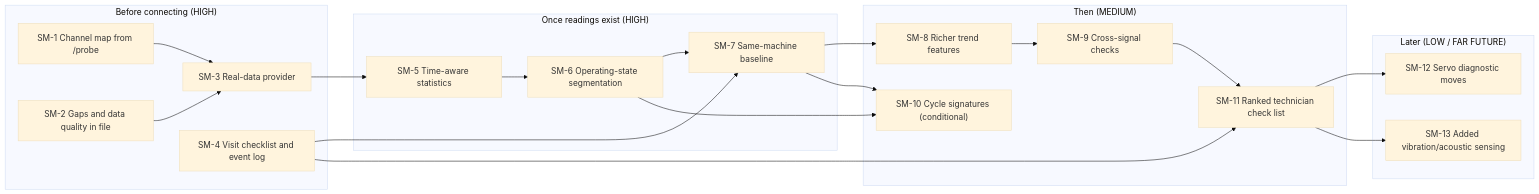
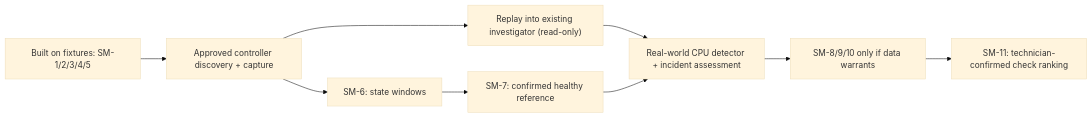
One commit to peyton150-startup/Capstone_Project_CMU changed the diagram in docs/MVP_SCOPE.md. Above: the diagram before and after it, drawn with Mermaid (base theme). The commit also changed other lines of this file, not shown here.

Commit message:
docs: reconcile future work with merged implementations and field readiness

````diff
--- a/docs/MVP_SCOPE.md
+++ b/docs/MVP_SCOPE.md
@@ -360,33 +384,11 @@
 ```mermaid
 flowchart LR
-    subgraph A["Before connecting (HIGH)"]
-        SM1["SM-1 Channel map from /probe"]
-        SM2["SM-2 Gaps and data quality in file"]
-        SM3["SM-3 Real-data provider"]
-        SM4["SM-4 Visit checklist and event log"]
-    end
-    subgraph B["Once readings exist (HIGH)"]
-        SM5["SM-5 Time-aware statistics"]
-        SM6["SM-6 Operating-state segmentation"]
-        SM7["SM-7 Same-machine baseline"]
-    end
-    subgraph C["Then (MEDIUM)"]
-        SM8["SM-8 Richer trend features"]
-        SM9["SM-9 Cross-signal checks"]
-        SM10["SM-10 Cycle signatures (conditional)"]
-        SM11["SM-11 Ranked technician check list"]
-    end
-    subgraph D["Later (LOW / FAR FUTURE)"]
-        SM12["SM-12 Servo diagnostic moves"]
-        SM13["SM-13 Added vibration/acoustic sensing"]
-    end
-    SM1 --> SM3
-    SM2 --> SM3
-    SM3 --> SM5 --> SM6 --> SM7 --> SM8 --> SM9 --> SM11
-    SM4 --> SM7
-    SM4 --> SM11
-    SM6 --> SM10
-    SM7 --> SM10
-    SM11 --> SM12
-    SM11 --> SM13
+  A["Built on fixtures: SM-1/2/3/4/5"] --> B["Approved controller discovery + capture"]
+  B --> C["Replay into existing investigator (read-only)"]
+  B --> D["SM-6: state windows"]
+  D --> E["SM-7: confirmed healthy reference"]
+  C --> F["Real-world CPU detector + incident assessment"]
+  E --> F
+  F --> G["SM-8/9/10 only if data warrants"]
+  G --> H["SM-11: technician-confirmed check ranking"]
 ```
````
